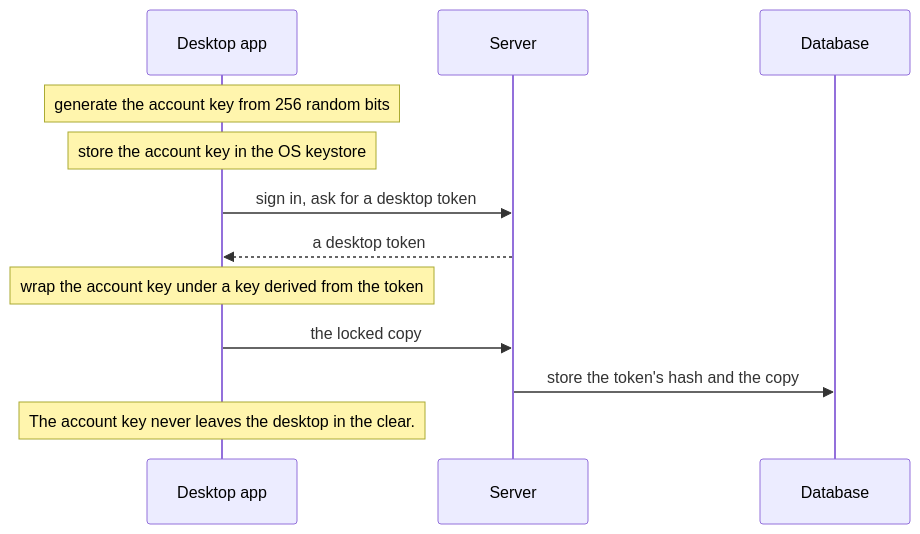
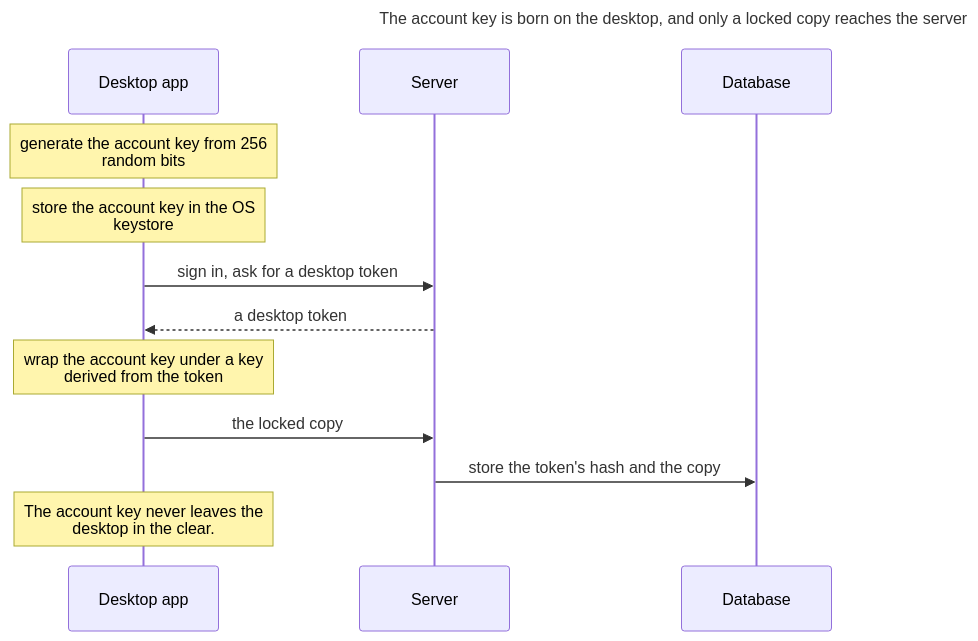
The diagram in diagrams/create-4-parties.mmd (ajs-consult-llc/mirror-encryption-rfc), drawn with Mermaid before and after one commit. The commit also changed 23 other files, not shown here.

First line of the commit message:
Diagrams that read: titles, short lines, vertical layouts

```diff
--- a/diagrams/create-4-parties.mmd
+++ b/diagrams/create-4-parties.mmd
@@ -1,14 +1,17 @@
+---
+title: "The account key is born on the desktop, and only a locked copy reaches the server"
+---
 sequenceDiagram
   accTitle: The account key is born on the desktop, and only a locked copy reaches the server
   accDescr: Create. The desktop app generates the account key from 256 random bits and stores it in the OS keystore. It signs in and asks the server for a desktop token, and the server replies with one. The desktop app wraps the account key under a key derived from the token and sends the locked copy to the server, which stores the token's hash and the copy in the database. The account key never leaves the desktop in the clear.
   participant D as Desktop app
   participant S as Server
   participant DB as Database
-  Note over D: generate the account key from 256 random bits
-  Note over D: store the account key in the OS keystore
+  Note over D: generate the account key from 256<br/>random bits
+  Note over D: store the account key in the OS<br/>keystore
   D->>S: sign in, ask for a desktop token
   S-->>D: a desktop token
-  Note over D: wrap the account key under a key derived from the token
+  Note over D: wrap the account key under a key<br/>derived from the token
   D->>S: the locked copy
   S->>DB: store the token's hash and the copy
-  Note over D: The account key never leaves the desktop in the clear.
+  Note over D: The account key never leaves the<br/>desktop in the clear.
```
